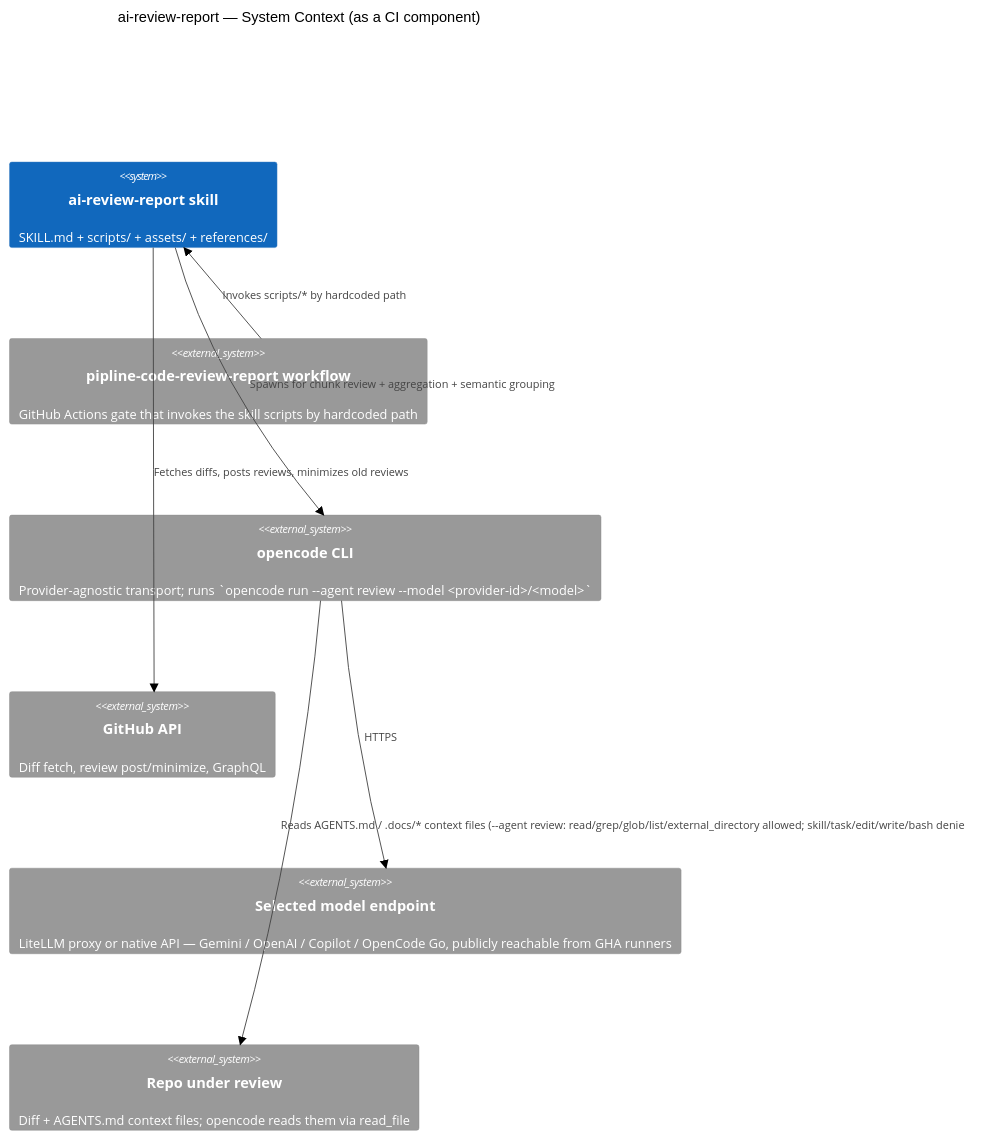
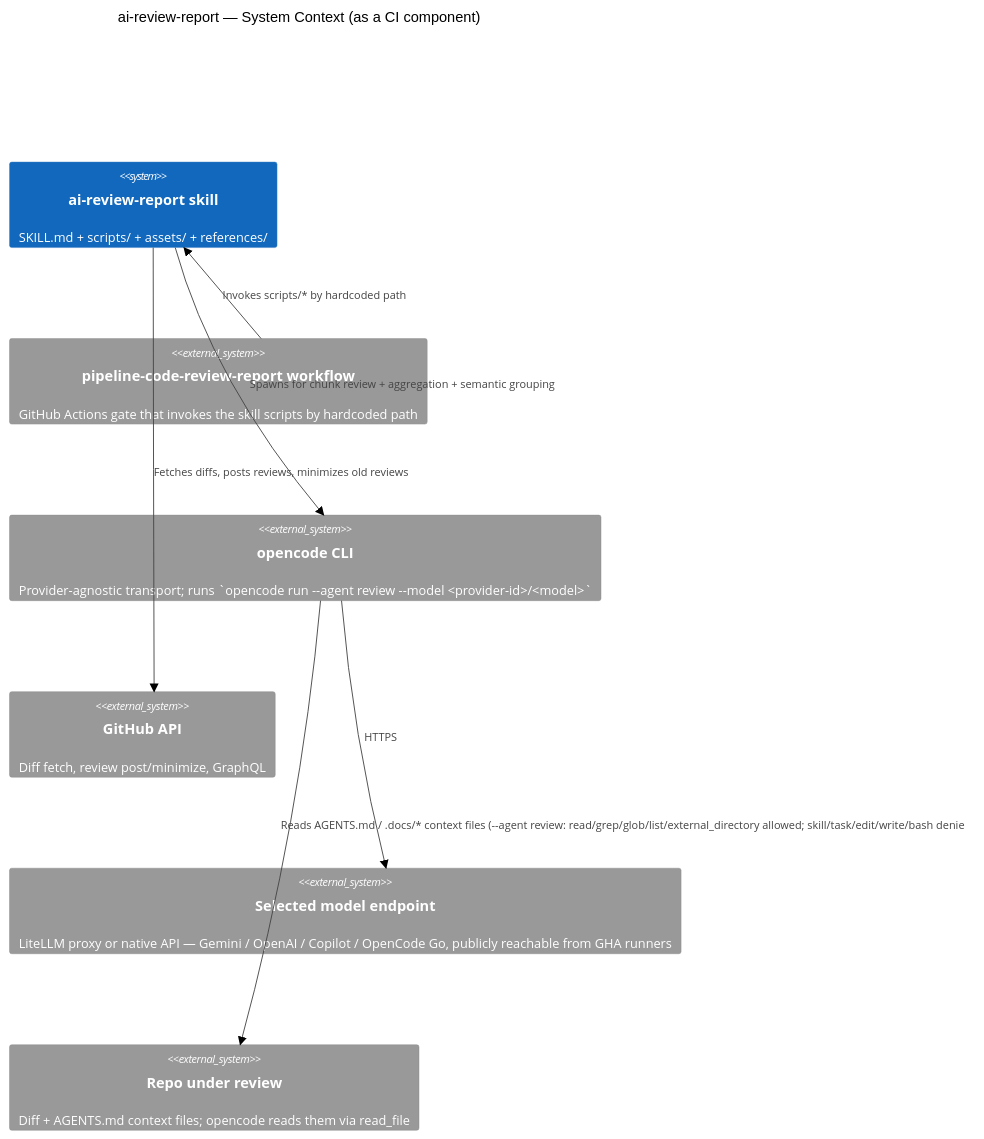
Before and after one commit to generic-automation-and-it/smooth-ai-report-review: the diagram in .agents/skills/ai-review-report/AGENTS.md, drawn with Mermaid (neutral theme). The commit also changed other lines of this file and 14 other files, not shown here.

First line of the commit message:
fix: rename gate to pipeline-code-review-report and install to one skills dir (#30)

````diff
--- a/.agents/skills/ai-review-report/AGENTS.md
+++ b/.agents/skills/ai-review-report/AGENTS.md
@@ -28,17 +28,17 @@
 ```mermaid
 C4Context
     title ai-review-report — System Context (as a CI component)
 
     System(skill, "ai-review-report skill", "SKILL.md + scripts/ + assets/ + references/")
-    System_Ext(workflow, "pipline-code-review-report workflow", "GitHub Actions gate that invokes the skill scripts by hardcoded path")
+    System_Ext(workflow, "pipeline-code-review-report workflow", "GitHub Actions gate that invokes the skill scripts by hardcoded path")
     System_Ext(opencode, "opencode CLI", "Provider-agnostic transport; runs `opencode run --agent review --model <provider-id>/<model>`")
     System_Ext(github, "GitHub API", "Diff fetch, review post/minimize, GraphQL")
     System_Ext(provider, "Selected model endpoint", "LiteLLM proxy or native API — Gemini / OpenAI / Copilot / OpenCode Go, publicly reachable from GHA runners")
     System_Ext(reporeview, "Repo under review", "Diff + AGENTS.md context files; opencode reads them via read_file")
 
     Rel(workflow, skill, "Invokes scripts/* by hardcoded path")
     Rel(skill, opencode, "Spawns for chunk review + aggregation + semantic grouping")
     Rel(skill, github, "Fetches diffs, posts reviews, minimizes old reviews")
     Rel(opencode, provider, "HTTPS")
     Rel(opencode, reporeview, "Reads AGENTS.md / .docs/* context files (--agent review: read/grep/glob/list/external_directory allowed; skill/task/edit/write/bash denied)")
 ```
````
